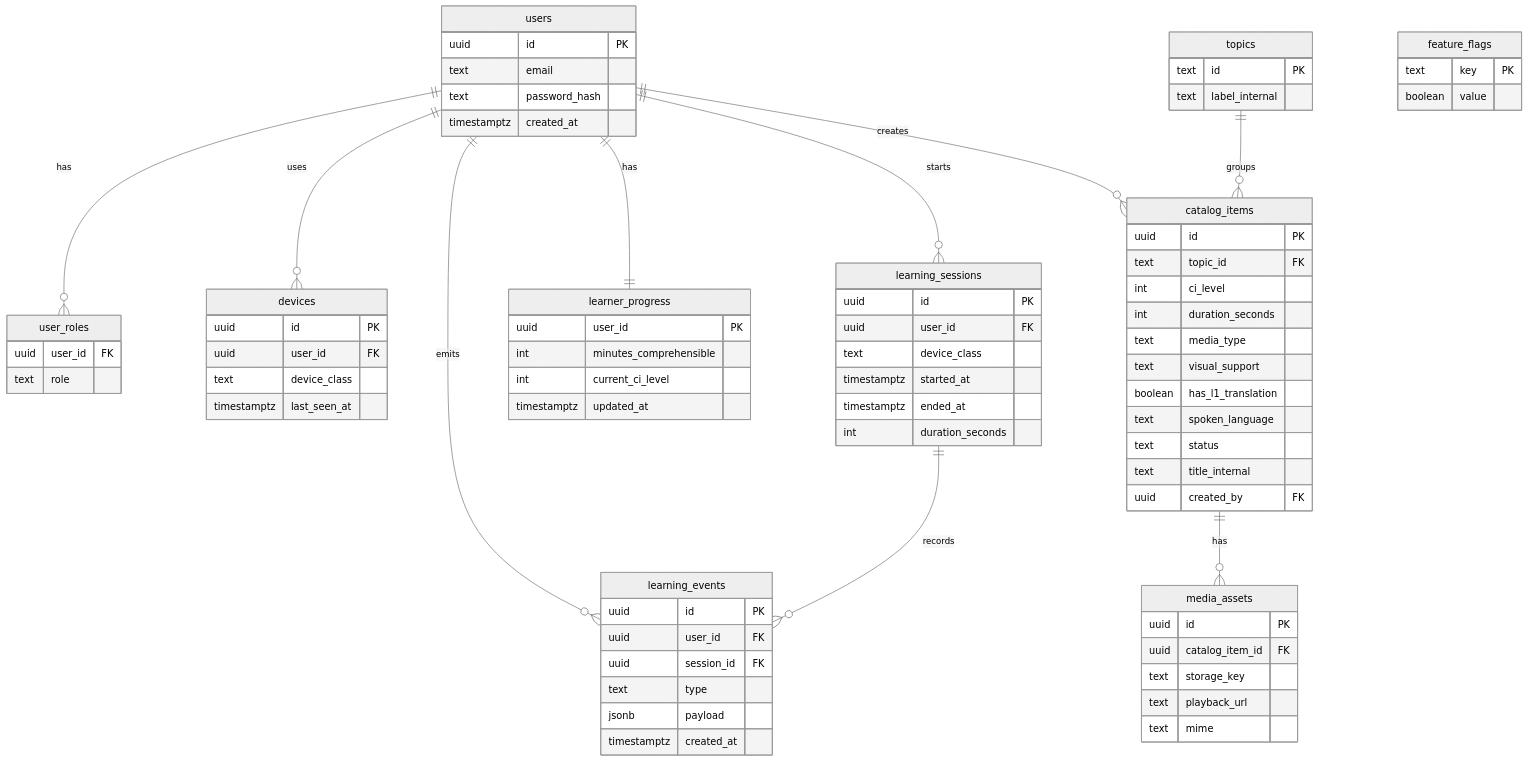
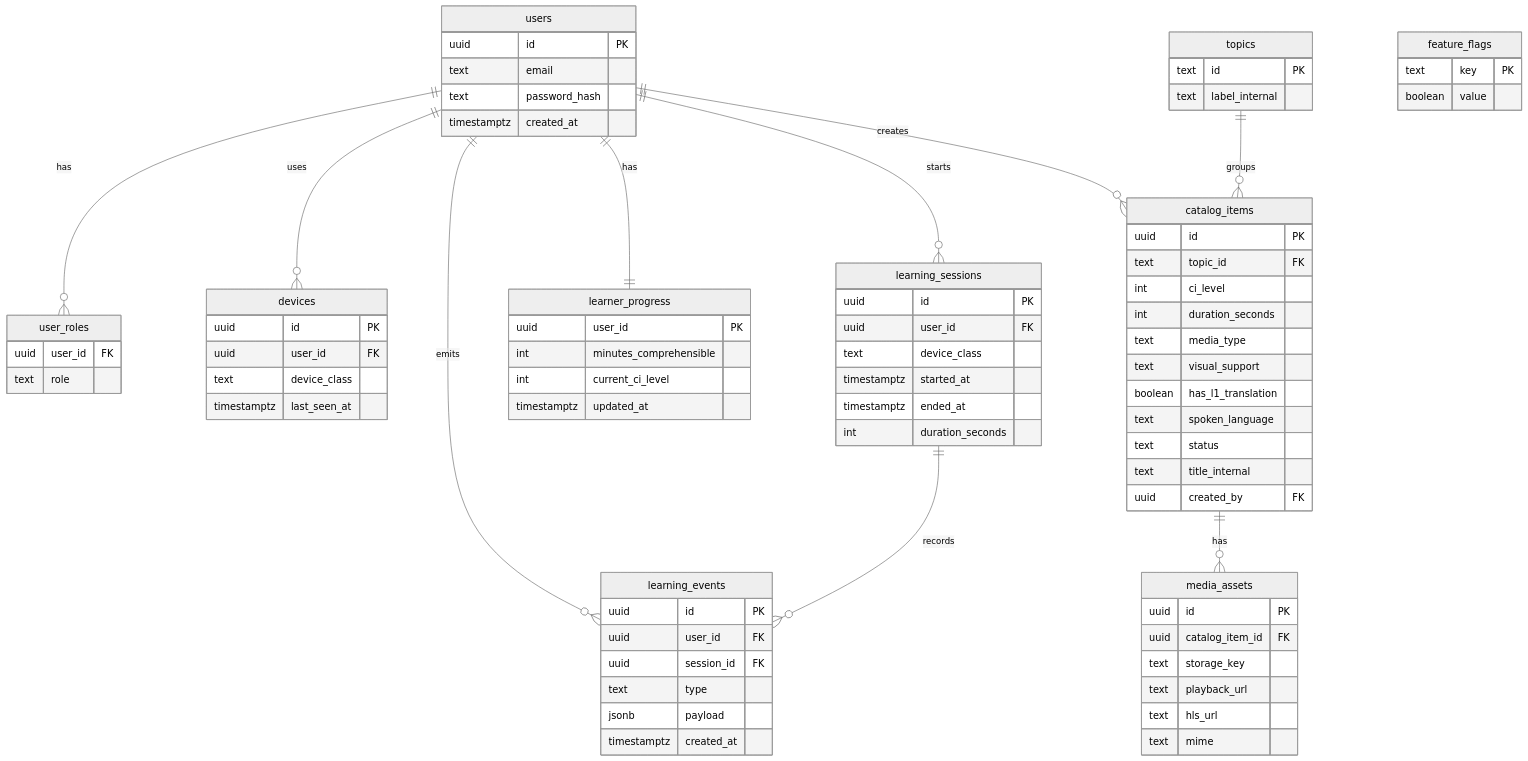
The diagram in docs/sad/03-design/erd.md (quyendolearndata/JPLearn), drawn with Mermaid (neutral theme) before and after one commit. The commit also changed 14 other files, not shown here.

````diff
--- a/docs/sad/03-design/erd.md
+++ b/docs/sad/03-design/erd.md
@@ -5,79 +5,80 @@
 ```mermaid
 erDiagram
   users ||--o{ user_roles : has
   users ||--o{ devices : uses
   users ||--o{ learning_sessions : starts
   users ||--|| learner_progress : has
   users ||--o{ learning_events : emits
   users ||--o{ catalog_items : creates
   topics ||--o{ catalog_items : groups
   catalog_items ||--o{ media_assets : has
   learning_sessions ||--o{ learning_events : records
 
   users {
     uuid id PK
     text email
     text password_hash
     timestamptz created_at
   }
   user_roles {
     uuid user_id FK
     text role
   }
   devices {
     uuid id PK
     uuid user_id FK
     text device_class
     timestamptz last_seen_at
   }
   topics {
     text id PK
     text label_internal
   }
   catalog_items {
     uuid id PK
     text topic_id FK
     int ci_level
     int duration_seconds
     text media_type
     text visual_support
     boolean has_l1_translation
     text spoken_language
     text status
     text title_internal
     uuid created_by FK
   }
   media_assets {
     uuid id PK
     uuid catalog_item_id FK
     text storage_key
     text playback_url
+    text hls_url
     text mime
   }
   learning_sessions {
     uuid id PK
     uuid user_id FK
     text device_class
     timestamptz started_at
     timestamptz ended_at
     int duration_seconds
   }
   learner_progress {
     uuid user_id PK
     int minutes_comprehensible
     int current_ci_level
     timestamptz updated_at
   }
   feature_flags {
     text key PK
     boolean value
   }
   learning_events {
     uuid id PK
     uuid user_id FK
     uuid session_id FK
     text type
     jsonb payload
     timestamptz created_at
   }
 ```
````
